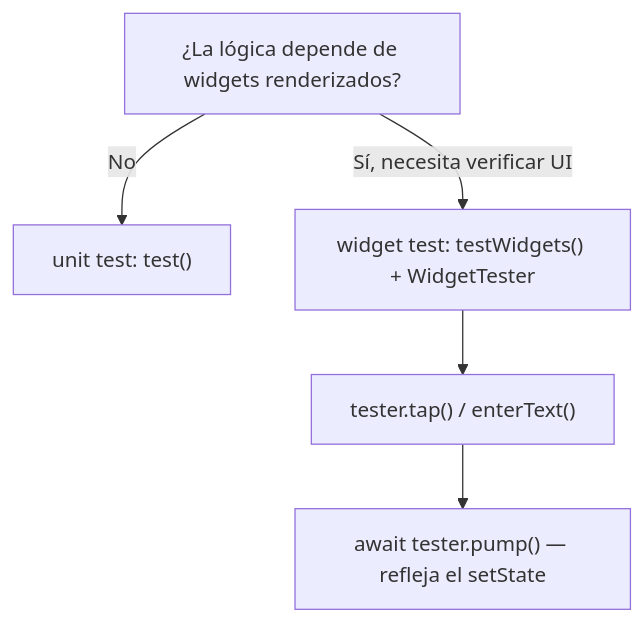
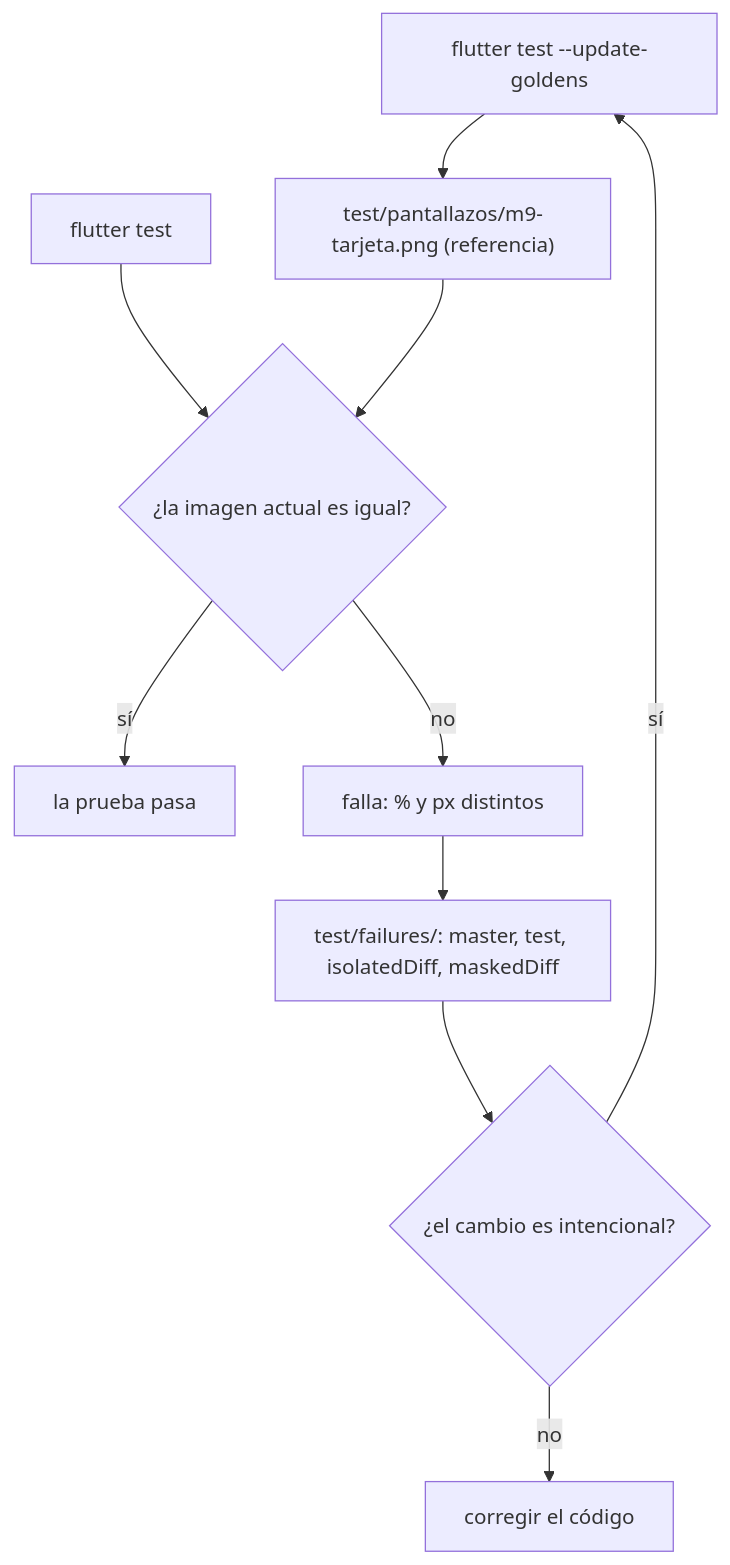
Before and after one commit to NICORUIZ93/The_Imperial_Book: the fourth of 5 diagrams in web/public/content/flutter/modulo-9.md, drawn with Mermaid. The commit also changed other lines of this file and 4 other files, not shown here.

````diff
--- a/web/public/content/flutter/modulo-9.md
+++ b/web/public/content/flutter/modulo-9.md
@@ -50,7 +1019,12 @@
 ```mermaid
 flowchart TD
-    A["¿La lógica depende de widgets renderizados?"] -->|No| B["unit test: test()"]
-    A -->|Sí, necesita verificar UI| C["widget test: testWidgets() + WidgetTester"]
-    C --> D["tester.tap() / enterText()"]
-    D --> E["await tester.pump() — refleja el setState"]
+    A["flutter test --update-goldens"] --> R["test/pantallazos/m9-tarjeta.png (referencia)"]
+    B["flutter test"] --> C{"¿la imagen actual es igual?"}
+    R --> C
+    C -->|sí| OK["la prueba pasa"]
+    C -->|no| F["falla: % y px distintos"]
+    F --> D["test/failures/: master, test, isolatedDiff, maskedDiff"]
+    D --> H{"¿el cambio es intencional?"}
+    H -->|sí| A
+    H -->|no| X["corregir el código"]
 ```
````
